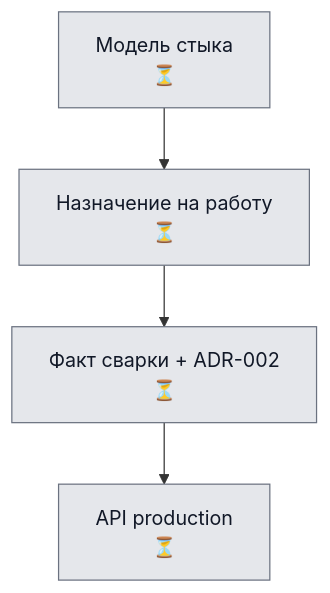
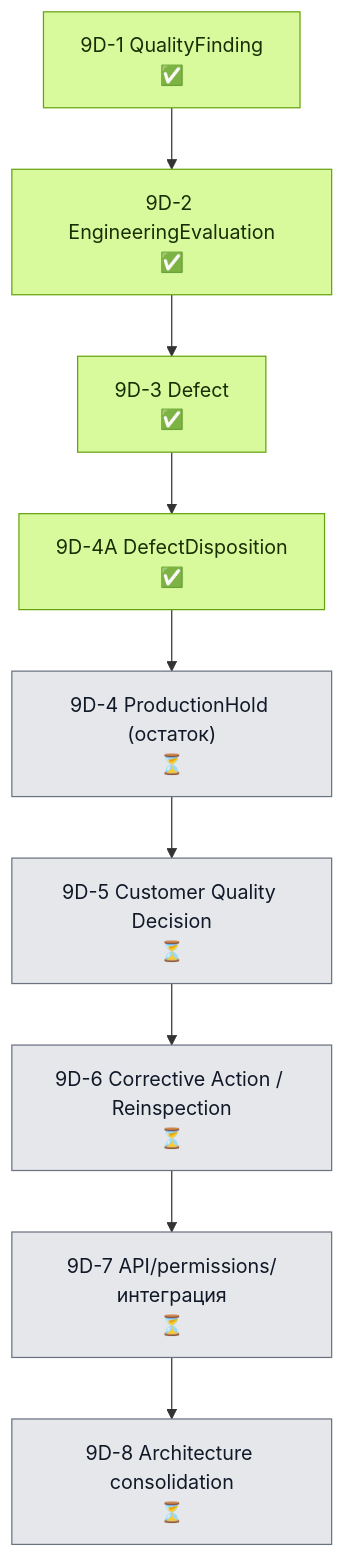
One commit to fishc7/WeldPassport changed the second of 2 diagrams in docs/project/PROJECT_EXECUTION_MAP.md. Above: the diagram before and after it, drawn with Mermaid. The commit also changed other lines of this file and 24 other files, not shown here.

Commit message:
feat(quality): implement quality decision core models

````diff
--- a/docs/project/PROJECT_EXECUTION_MAP.md
+++ b/docs/project/PROJECT_EXECUTION_MAP.md
@@ -33,9 +42,16 @@
 ```mermaid
 flowchart TD
-    S1["Модель стыка<br/>⏳"] --> S2["Назначение на работу<br/>⏳"]
-    S2 --> S3["Факт сварки + ADR-002<br/>⏳"]
-    S3 --> S4["API production<br/>⏳"]
+    S1["9D-1 QualityFinding<br/>✅"] --> S2["9D-2 EngineeringEvaluation<br/>✅"]
+    S2 --> S3["9D-3 Defect<br/>✅"]
+    S3 --> S4["9D-4A DefectDisposition<br/>✅"]
+    S4 --> S5["9D-4 ProductionHold (остаток)<br/>⏳"]
+    S5 --> S6["9D-5 Customer Quality Decision<br/>⏳"]
+    S6 --> S7["9D-6 Corrective Action / Reinspection<br/>⏳"]
+    S7 --> S8["9D-7 API/permissions/интеграция<br/>⏳"]
+    S8 --> S9["9D-8 Architecture consolidation<br/>⏳"]
 
+    classDef done fill:#d9f99d,stroke:#65a30d,color:#1a2e05;
     classDef planned fill:#e5e7eb,stroke:#6b7280,color:#111827;
-    class S1,S2,S3,S4 planned;
+    class S1,S2,S3,S4 done;
+    class S5,S6,S7,S8,S9 planned;
 ```
````
